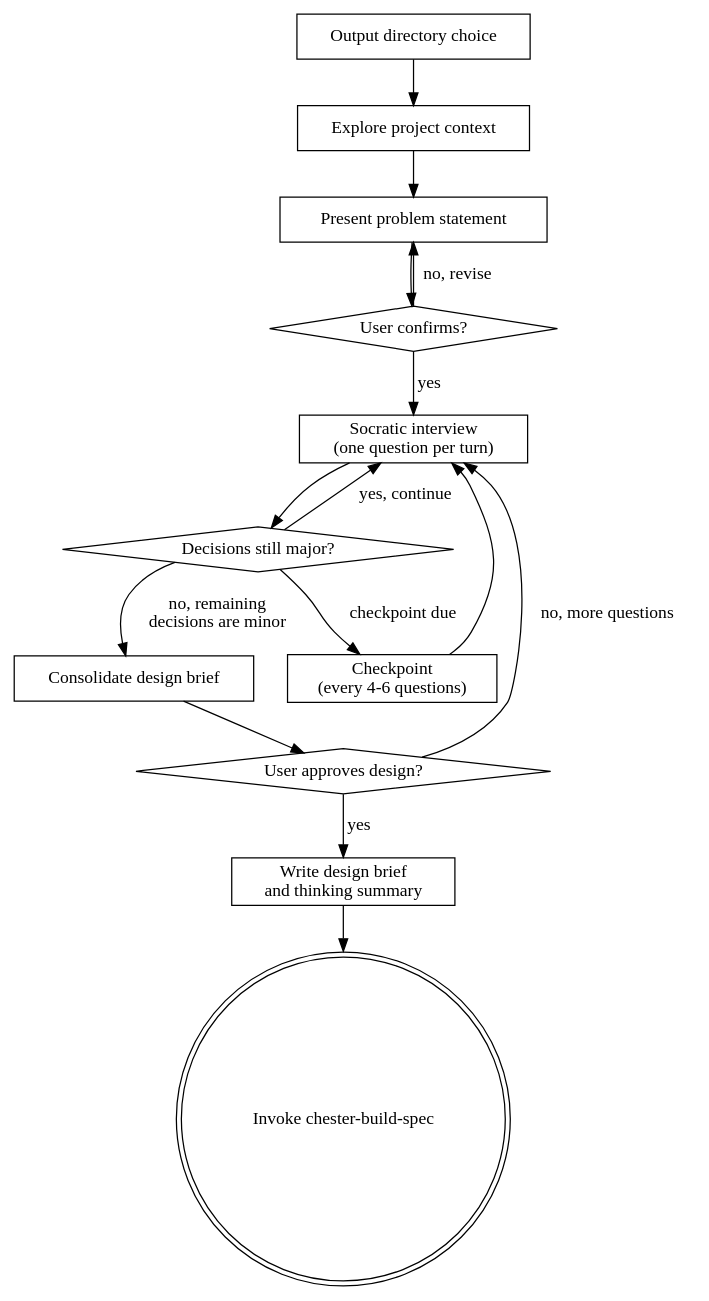
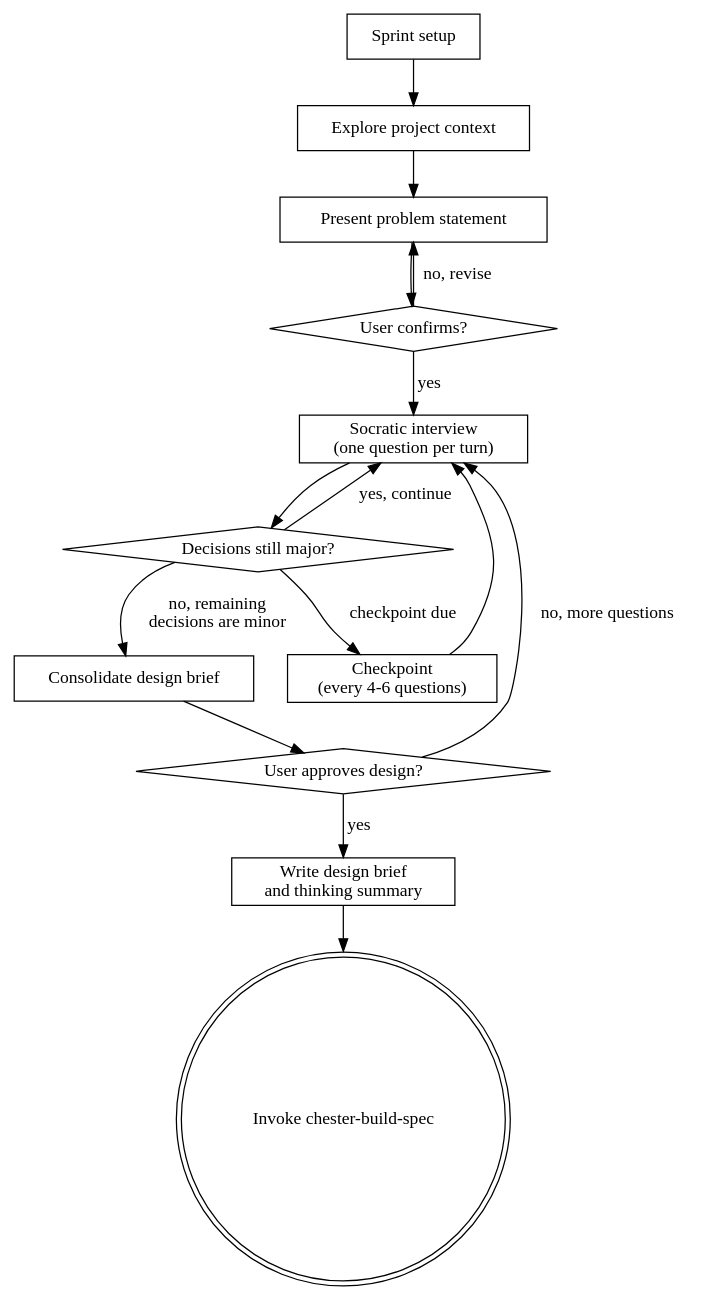
Before and after one commit to OrdinaryMoose/Chester: the diagram in chester-figure-out/SKILL.md, drawn with Graphviz. The commit also changed other lines of this file, not shown here.

Commit message:
feat: replace directory choice with config-driven silent creation in figure-out

````diff
--- a/chester-figure-out/SKILL.md
+++ b/chester-figure-out/SKILL.md
@@ -67,30 +67,30 @@
 ```dot
 digraph socratic_discovery {
-    "Output directory choice" [shape=box];
+    "Sprint setup" [shape=box];
     "Explore project context" [shape=box];
     "Present problem statement" [shape=box];
     "User confirms?" [shape=diamond];
     "Socratic interview\n(one question per turn)" [shape=box];
     "Decisions still major?" [shape=diamond];
     "Checkpoint\n(every 4-6 questions)" [shape=box];
     "Consolidate design brief" [shape=box];
     "User approves design?" [shape=diamond];
     "Write design brief\nand thinking summary" [shape=box];
     "Invoke chester-build-spec" [shape=doublecircle];
 
-    "Output directory choice" -> "Explore project context";
+    "Sprint setup" -> "Explore project context";
     "Explore project context" -> "Present problem statement";
     "Present problem statement" -> "User confirms?";
     "User confirms?" -> "Socratic interview\n(one question per turn)" [label="yes"];
     "User confirms?" -> "Present problem statement" [label="no, revise"];
     "Socratic interview\n(one question per turn)" -> "Decisions still major?";
     "Decisions still major?" -> "Checkpoint\n(every 4-6 questions)" [label="checkpoint due"];
     "Decisions still major?" -> "Socratic interview\n(one question per turn)" [label="yes, continue"];
     "Checkpoint\n(every 4-6 questions)" -> "Socratic interview\n(one question per turn)";
     "Decisions still major?" -> "Consolidate design brief" [label="no, remaining\ndecisions are minor"];
     "Consolidate design brief" -> "User approves design?";
     "User approves design?" -> "Socratic interview\n(one question per turn)" [label="no, more questions"];
     "User approves design?" -> "Write design brief\nand thinking summary" [label="yes"];
     "Write design brief\nand thinking summary" -> "Invoke chester-build-spec";
 }
 ```
````
